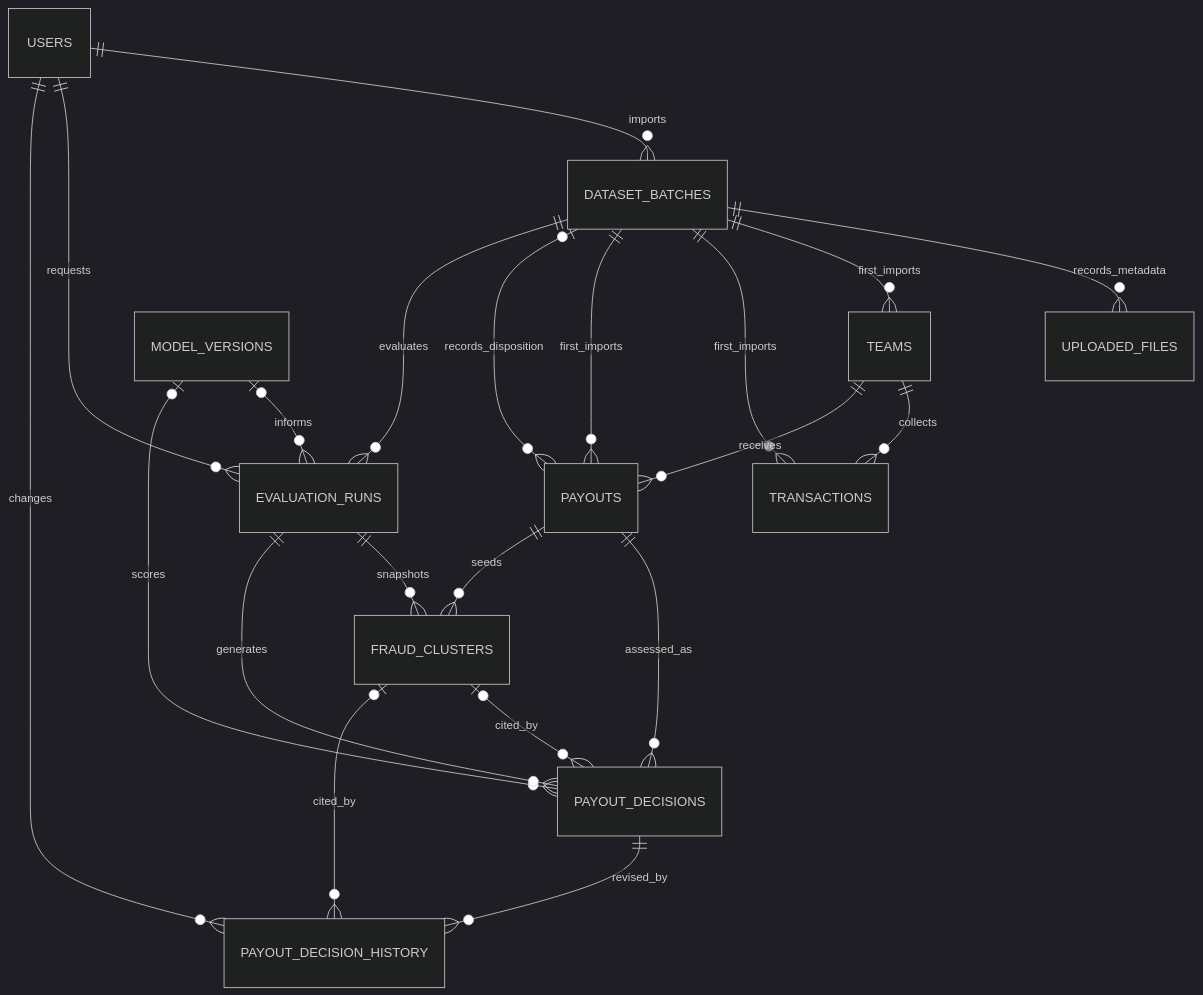
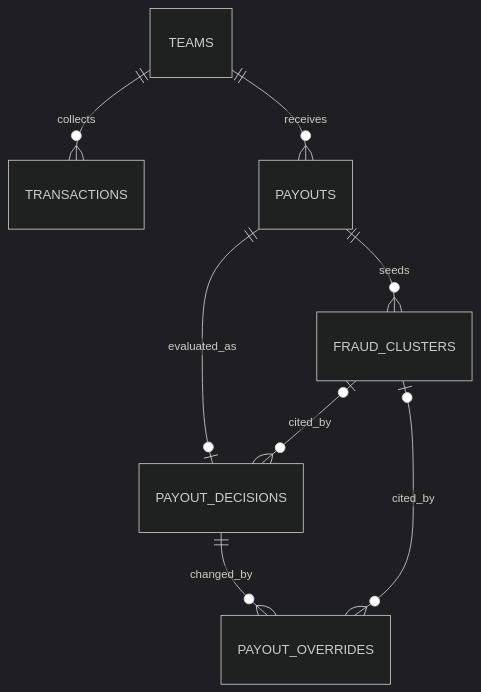
The first of 2 diagrams in docs/database-design.md (KasaniDheerajVenu/scanpay-payout-risk-desk), drawn with Mermaid (dark theme) before and after one commit. The commit also changed other lines of this file and 25 other files, not shown here.

````diff
--- a/docs/database-design.md
+++ b/docs/database-design.md
@@ -93,23 +21,10 @@
 ```mermaid
 erDiagram
-    USERS ||--o{ DATASET_BATCHES : imports
-    USERS ||--o{ EVALUATION_RUNS : requests
-    USERS ||--o{ PAYOUT_DECISION_HISTORY : changes
-    DATASET_BATCHES ||--o{ UPLOADED_FILES : records_metadata
-    DATASET_BATCHES ||--o{ TEAMS : first_imports
-    DATASET_BATCHES ||--o{ TRANSACTIONS : first_imports
-    DATASET_BATCHES ||--o{ PAYOUTS : first_imports
-    DATASET_BATCHES o|--o{ PAYOUTS : records_disposition
     TEAMS ||--o{ TRANSACTIONS : collects
     TEAMS ||--o{ PAYOUTS : receives
-    DATASET_BATCHES ||--o{ EVALUATION_RUNS : evaluates
-    MODEL_VERSIONS o|--o{ EVALUATION_RUNS : informs
-    MODEL_VERSIONS o|--o{ PAYOUT_DECISIONS : scores
-    EVALUATION_RUNS ||--o{ FRAUD_CLUSTERS : snapshots
-    EVALUATION_RUNS ||--o{ PAYOUT_DECISIONS : generates
-    PAYOUTS ||--o{ PAYOUT_DECISIONS : assessed_as
     PAYOUTS ||--o{ FRAUD_CLUSTERS : seeds
+    PAYOUTS ||--o| PAYOUT_DECISIONS : evaluated_as
     FRAUD_CLUSTERS o|--o{ PAYOUT_DECISIONS : cited_by
-    PAYOUT_DECISIONS ||--o{ PAYOUT_DECISION_HISTORY : revised_by
-    FRAUD_CLUSTERS o|--o{ PAYOUT_DECISION_HISTORY : cited_by
+    PAYOUT_DECISIONS ||--o{ PAYOUT_OVERRIDES : changed_by
+    FRAUD_CLUSTERS o|--o{ PAYOUT_OVERRIDES : cited_by
 ```
````
